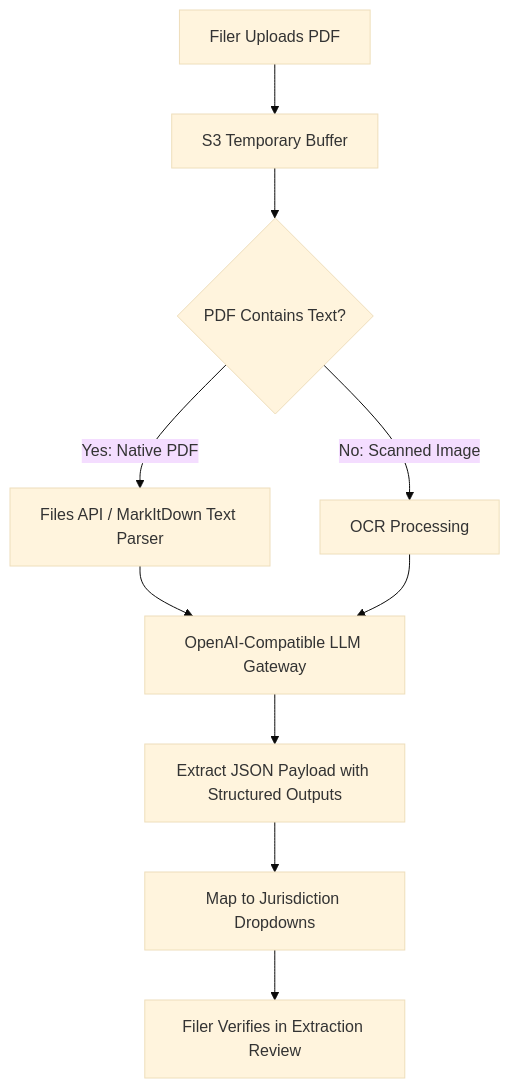
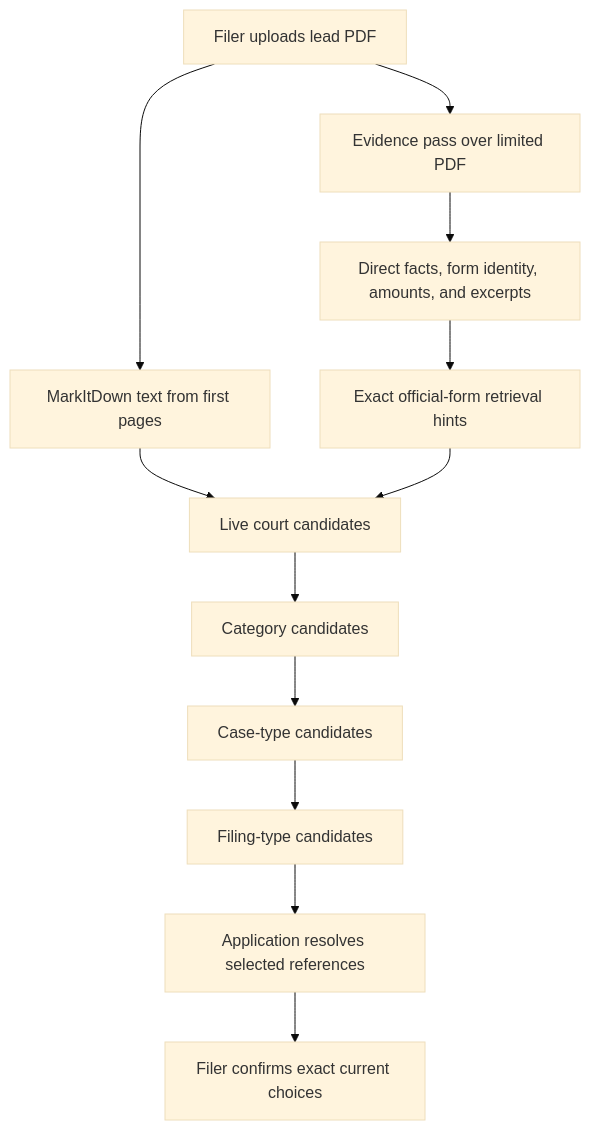
Before and after one commit to SuffolkLITLab/LITEFile: the diagram in docs/docs/partners-courts/ai-customization.md, drawn with Mermaid (base theme). The commit also changed other lines of this file and 527 other files, not shown here.

````diff
--- a/docs/docs/partners-courts/ai-customization.md
+++ b/docs/docs/partners-courts/ai-customization.md
@@ -18,12 +18,14 @@
 ```mermaid
 graph TD
-    A[Filer Uploads PDF] --> B[S3 Temporary Buffer]
-    B --> C{PDF Contains Text?}
-    C -->|Yes: Native PDF| D[Files API / MarkItDown Text Parser]
-    C -->|No: Scanned Image| E[OCR Processing]
-    D --> F[OpenAI-Compatible LLM Gateway]
+    A[Filer uploads lead PDF] --> B[Evidence pass over limited PDF]
+    B --> C[Direct facts, form identity, amounts, and excerpts]
+    A --> D[MarkItDown text from first pages]
+    C --> E[Exact official-form retrieval hints]
+    D --> F[Live court candidates]
     E --> F
-    F --> G[Extract JSON Payload with Structured Outputs]
-    G --> H[Map to Jurisdiction Dropdowns]
-    H --> I[Filer Verifies in Extraction Review]
+    F --> G[Category candidates]
+    G --> H[Case-type candidates]
+    H --> I[Filing-type candidates]
+    I --> J[Application resolves selected references]
+    J --> K[Filer confirms exact current choices]
 ```
````
